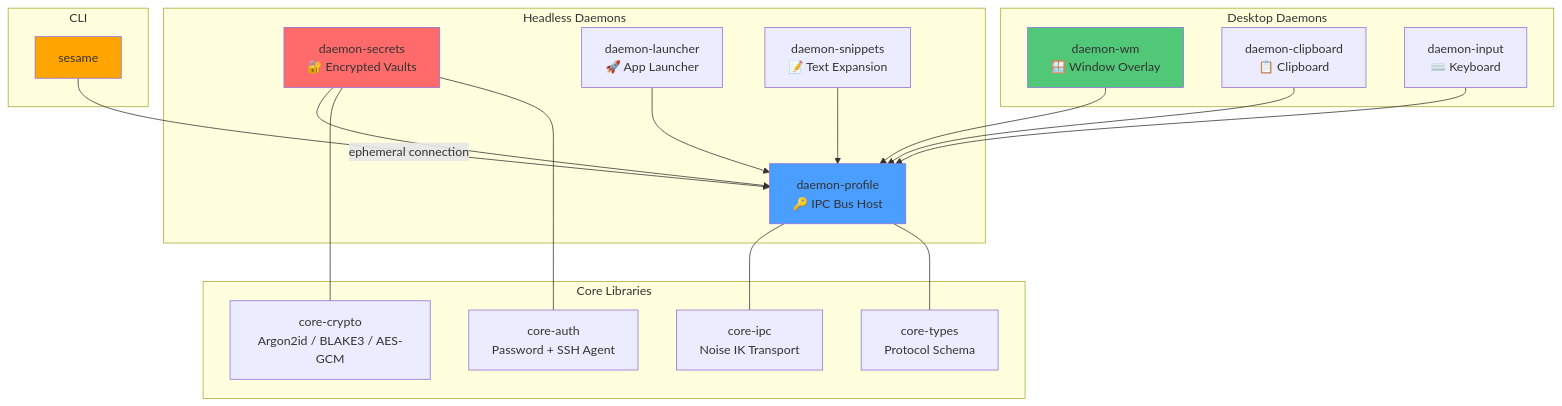
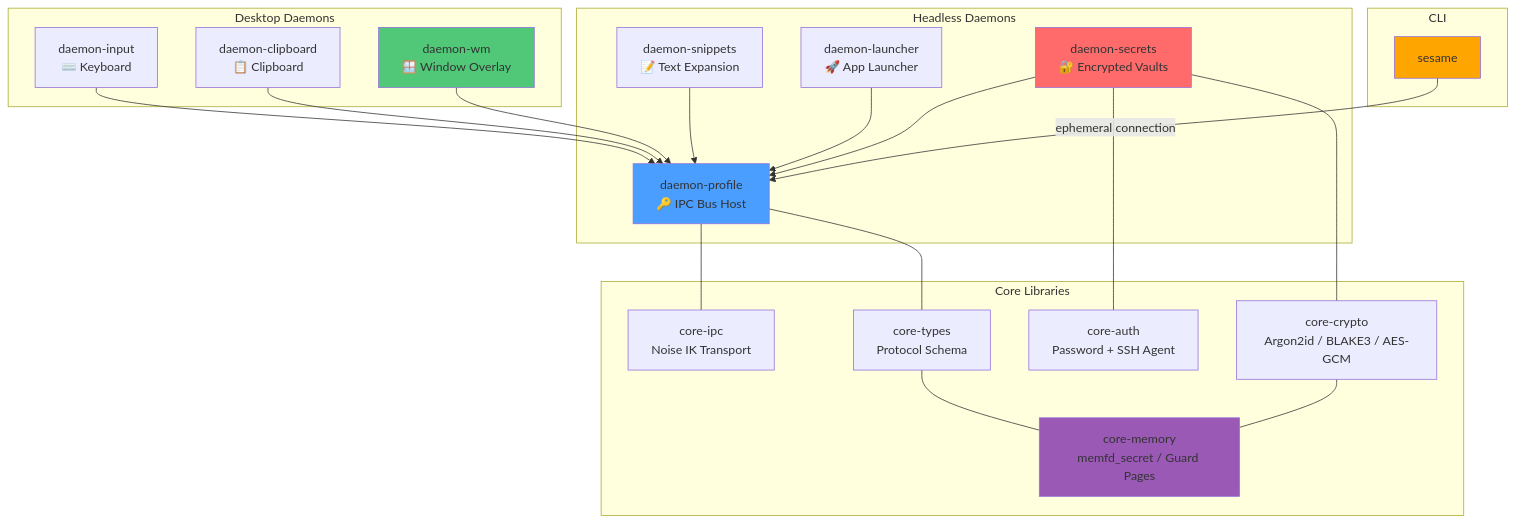
Before and after one commit to ScopeCreep-zip/open-sesame: the diagram in README.md, drawn with Mermaid. The commit also changed other lines of this file and 1 other file, not shown here.

First line of the commit message:
docs: update README and SECURITY for memfd_secret, Cachix, core-memory

````diff
--- a/README.md
+++ b/README.md
@@ -988,44 +1038,48 @@
 ```mermaid
 graph TB
     subgraph "CLI"
         S[sesame]
     end
 
     subgraph "Headless Daemons"
         P[daemon-profile<br/>🔑 IPC Bus Host]
         SEC[daemon-secrets<br/>🔐 Encrypted Vaults]
         L[daemon-launcher<br/>🚀 App Launcher]
         SN[daemon-snippets<br/>📝 Text Expansion]
     end
 
     subgraph "Desktop Daemons"
         WM[daemon-wm<br/>🪟 Window Overlay]
         CB[daemon-clipboard<br/>📋 Clipboard]
         IN[daemon-input<br/>⌨️ Keyboard]
     end
 
     subgraph "Core Libraries"
         IPC[core-ipc<br/>Noise IK Transport]
         CRYPTO[core-crypto<br/>Argon2id / BLAKE3 / AES-GCM]
+        MEM[core-memory<br/>memfd_secret / Guard Pages]
         AUTH[core-auth<br/>Password + SSH Agent]
         TYPES[core-types<br/>Protocol Schema]
     end
 
     S --> |ephemeral connection| P
     SEC --> P
     L --> P
     SN --> P
     WM --> P
     CB --> P
     IN --> P
 
     P --- IPC
     SEC --- CRYPTO
+    CRYPTO --- MEM
+    TYPES --- MEM
     SEC --- AUTH
     P --- TYPES
 
     style P fill:#4a9eff
     style SEC fill:#ff6b6b
     style WM fill:#50c878
     style S fill:#ffa500
+    style MEM fill:#9b59b6
 ```
````
